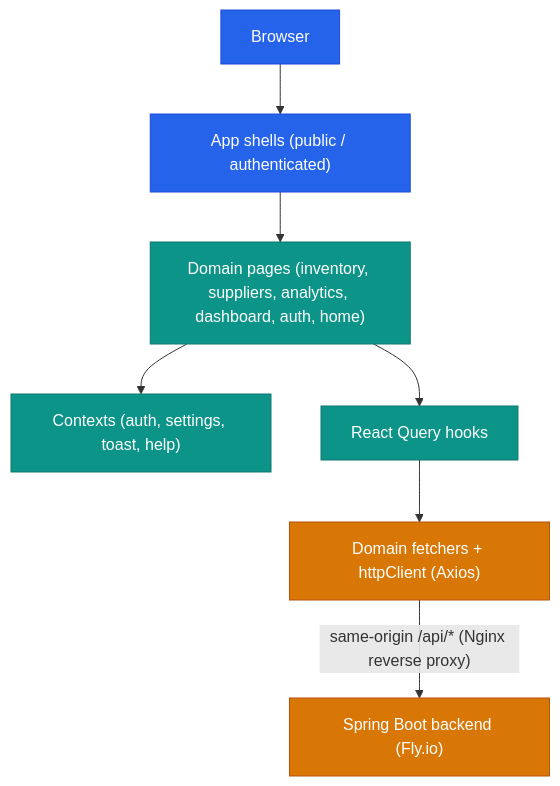
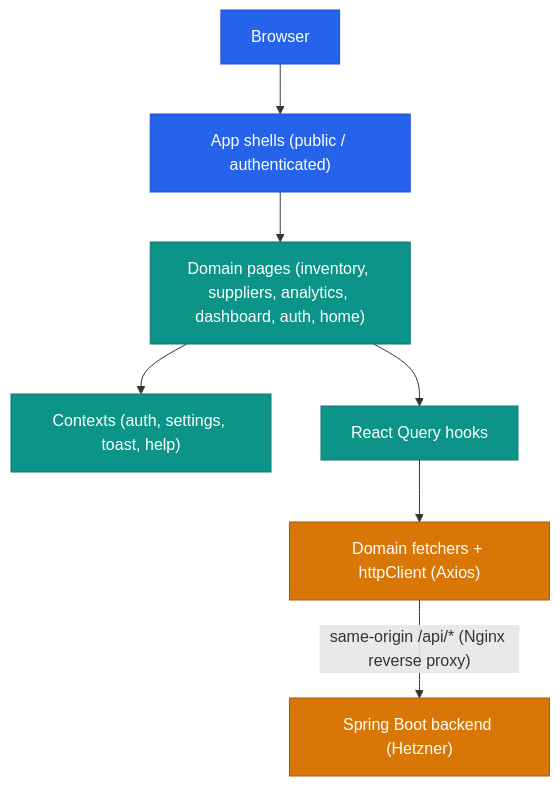
Before and after one commit to Keglev/inventory-service: the diagram in docs/frontend/architecture/overview.md, drawn with Mermaid. The commit also changed other lines of this file and 19 other files, not shown here.

First line of the commit message:
docs(arc42): describe the Hetzner deployment across the architecture docs (#30)

````diff
--- a/docs/frontend/architecture/overview.md
+++ b/docs/frontend/architecture/overview.md
@@ -43,21 +43,21 @@
 ```mermaid
 flowchart TB
   User["Browser"]:::controller
   Shell["App shells (public / authenticated)"]:::controller
   Pages["Domain pages (inventory, suppliers, analytics, dashboard, auth, home)"]:::service
   State["Contexts (auth, settings, toast, help)"]:::service
   Query["React Query hooks"]:::service
   API["Domain fetchers + httpClient (Axios)"]:::repository
-  Backend["Spring Boot backend (Fly.io)"]:::repository
+  Backend["Spring Boot backend (Hetzner)"]:::repository
 
   User --> Shell
   Shell --> Pages
   Pages --> State
   Pages --> Query
   Query --> API
   API -->|"same-origin /api/* (Nginx reverse proxy)"| Backend
 
   classDef controller fill:#2563eb,color:#fff,stroke:#1d4ed8;
   classDef service    fill:#0d9488,color:#fff,stroke:#0f766e;
   classDef repository fill:#d97706,color:#fff,stroke:#b45309;
 ```
````
